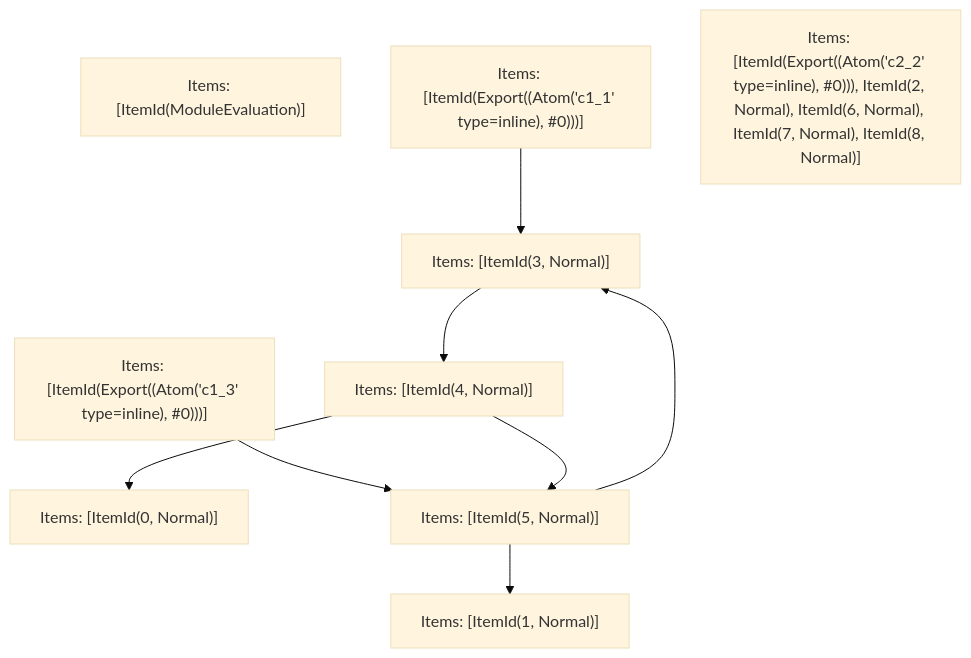
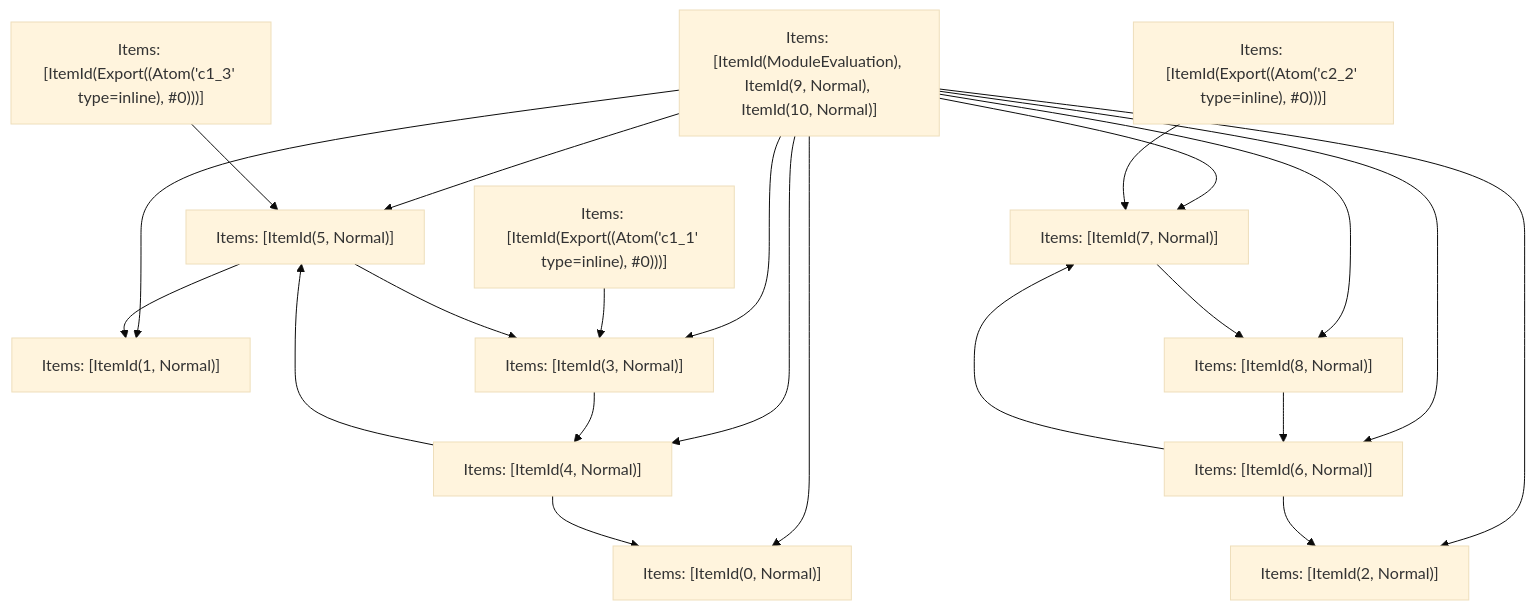
Before and after one commit to vercel/turborepo: the fifth of 5 diagrams in crates/turbopack-ecmascript/tests/tree-shaker/analyzer/3/output.md, drawn with Mermaid (base theme). The commit also changed other lines of this file, not shown here.

````diff
--- a/crates/turbopack-ecmascript/tests/tree-shaker/analyzer/3/output.md
+++ b/crates/turbopack-ecmascript/tests/tree-shaker/analyzer/3/output.md
@@ -219,19 +306,37 @@
 ```mermaid
 graph TD
-    N0["Items: [ItemId(ModuleEvaluation)]"];
+    N0["Items: [ItemId(ModuleEvaluation), ItemId(9, Normal), ItemId(10, Normal)]"];
     N1["Items: [ItemId(Export((Atom('c1_1' type=inline), #0)))]"];
     N2["Items: [ItemId(Export((Atom('c1_3' type=inline), #0)))]"];
-    N3["Items: [ItemId(Export((Atom('c2_2' type=inline), #0))), ItemId(2, Normal), ItemId(6, Normal), ItemId(7, Normal), ItemId(8, Normal)]"];
+    N3["Items: [ItemId(Export((Atom('c2_2' type=inline), #0)))]"];
     N4["Items: [ItemId(0, Normal)]"];
     N5["Items: [ItemId(1, Normal)]"];
-    N6["Items: [ItemId(3, Normal)]"];
-    N7["Items: [ItemId(4, Normal)]"];
-    N8["Items: [ItemId(5, Normal)]"];
-    N1 --> N6;
-    N2 --> N8;
-    N6 --> N7;
+    N6["Items: [ItemId(2, Normal)]"];
+    N7["Items: [ItemId(3, Normal)]"];
+    N8["Items: [ItemId(4, Normal)]"];
+    N9["Items: [ItemId(5, Normal)]"];
+    N10["Items: [ItemId(6, Normal)]"];
+    N11["Items: [ItemId(7, Normal)]"];
+    N12["Items: [ItemId(8, Normal)]"];
+    N0 --> N9;
+    N0 --> N8;
+    N0 --> N4;
+    N0 --> N7;
+    N0 --> N5;
+    N0 --> N11;
+    N0 --> N6;
+    N0 --> N12;
+    N0 --> N10;
+    N1 --> N7;
+    N2 --> N9;
+    N3 --> N11;
     N7 --> N8;
-    N7 --> N4;
-    N8 --> N6;
-    N8 --> N5;
+    N8 --> N9;
+    N8 --> N4;
+    N9 --> N7;
+    N9 --> N5;
+    N10 --> N11;
+    N10 --> N6;
+    N11 --> N12;
+    N12 --> N10;
 ```
````
